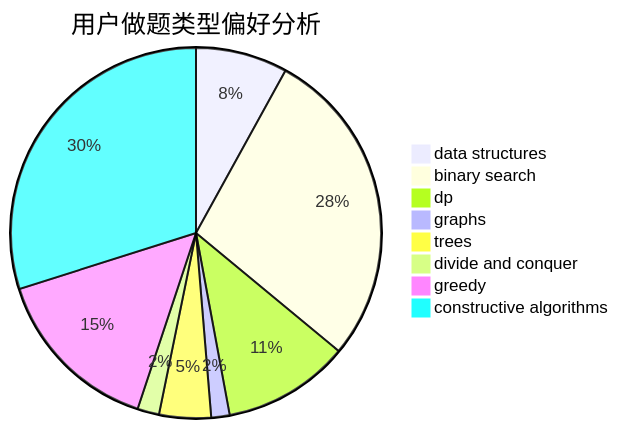
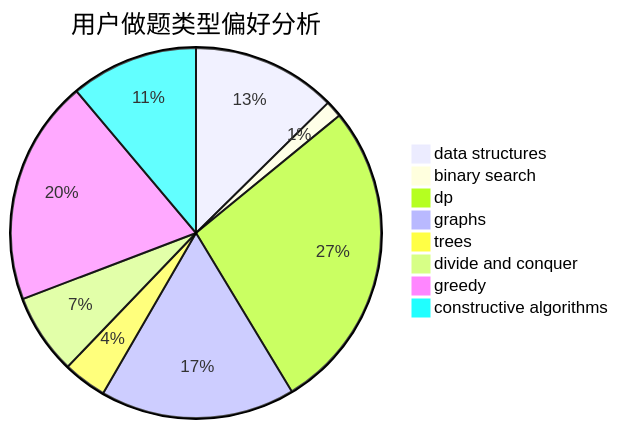
One commit to sherpahu/cfrs.github.io changed the second of 3 diagrams in docs/user/u2641.md. Above: the diagram before and after it, drawn with Mermaid. The commit also changed other lines of this file and 2770 other files, not shown here.

````diff
--- a/docs/user/u2641.md
+++ b/docs/user/u2641.md
@@ -23,11 +23,11 @@
 ```mermaid
 pie title 用户做题类型偏好分析
-    "data structures" :  55
-    "binary search" :  192
-    "dp" :  76
-    "graphs" :  11
-    "trees" :  31
-    "divide and conquer" :  13
-    "greedy" :  103
-    "constructive algorithms" :  205
+    "data structures" :  43
+    "binary search" :  5
+    "dp" :  93
+    "graphs" :  58
+    "trees" :  13
+    "divide and conquer" :  24
+    "greedy" :  67
+    "constructive algorithms" :  38
 ```
````
